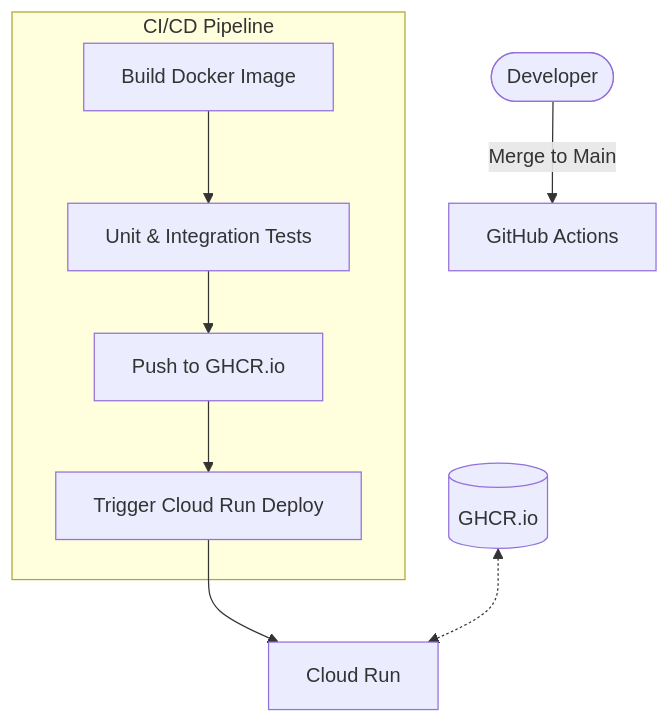
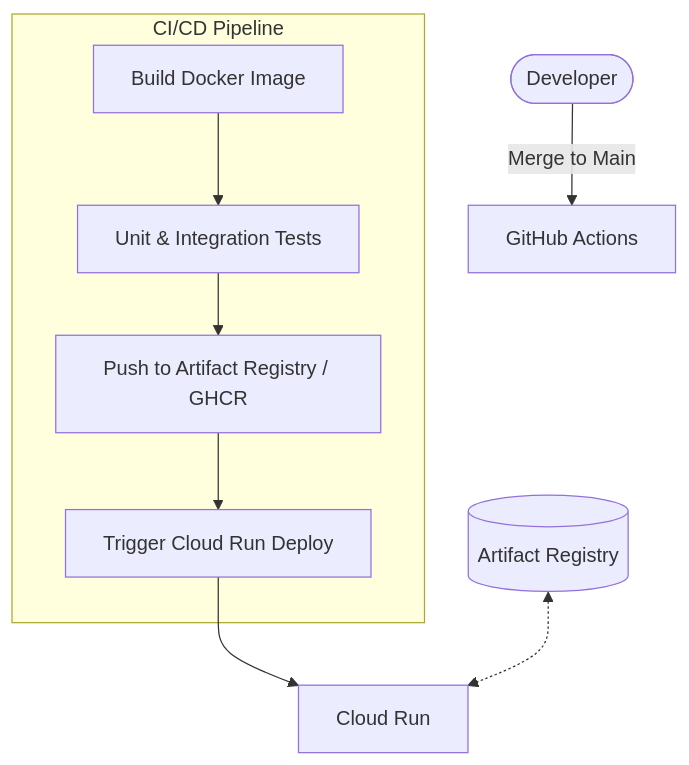
Before and after one commit to Planthor/planthor-documentation: the third of 4 diagrams in docs/devops.md, drawn with Mermaid. The commit also changed other lines of this file and 7 other files, not shown here.

````diff
--- a/docs/devops.md
+++ b/docs/devops.md
@@ -168,15 +168,15 @@
 ```mermaid
 graph TD
     Dev([Developer]) -->|Merge to Main| GHA[GitHub Actions]
     
     subgraph GitHub_Actions [CI/CD Pipeline]
         Build[Build Docker Image]
         Test[Unit & Integration Tests]
-        Push[Push to GHCR.io]
+        Push[Push to Artifact Registry / GHCR]
         Deploy[Trigger Cloud Run Deploy]
         Build --> Test --> Push --> Deploy
     end
 
     Deploy --> CR[Cloud Run]
-    GHCR[(GHCR.io)] <.-> CR
+    GHCR[(Artifact Registry)] <.-> CR
 ```
````
